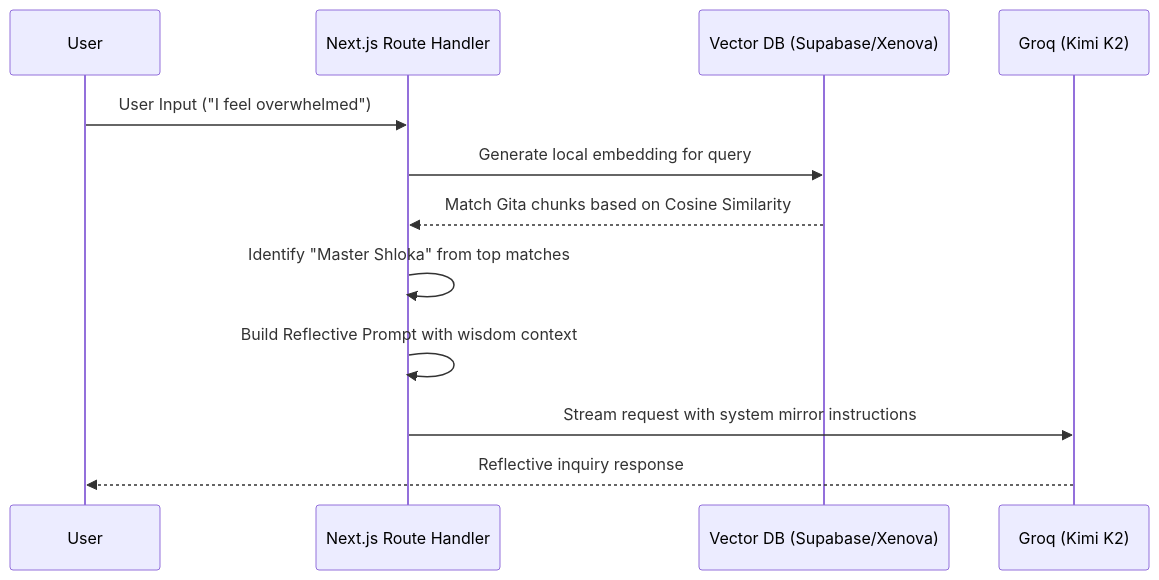
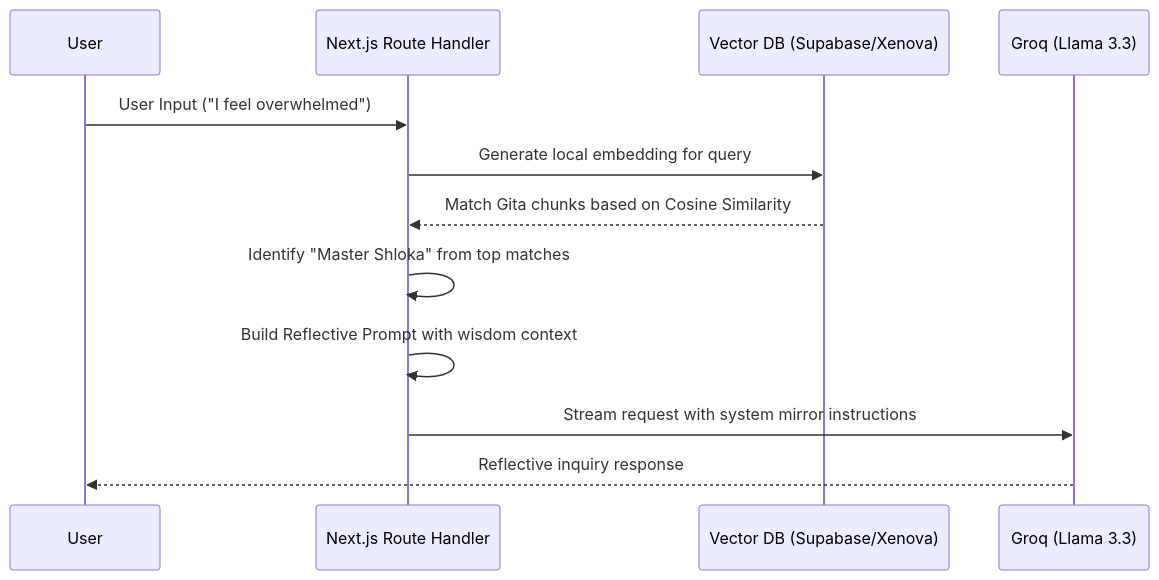
Before and after one commit to Rishi5377/Gita-GPT: the diagram in ARCHITECTURE.md, drawn with Mermaid. The commit also changed other lines of this file and 15 other files, not shown here.

````diff
--- a/ARCHITECTURE.md
+++ b/ARCHITECTURE.md
@@ -21,15 +21,15 @@
 ```mermaid
 sequenceDiagram
     participant User
     participant API as Next.js Route Handler
     participant Vec as Vector DB (Supabase/Xenova)
-    participant LLM as Groq (Kimi K2)
+    participant LLM as Groq (Llama 3.3)
 
     User->>API: User Input ("I feel overwhelmed")
     API->>Vec: Generate local embedding for query
     Vec-->>API: Match Gita chunks based on Cosine Similarity
     API->>API: Identify "Master Shloka" from top matches
     API->>API: Build Reflective Prompt with wisdom context
     API->>LLM: Stream request with system mirror instructions
     LLM-->>User: Reflective inquiry response
 ```
````
